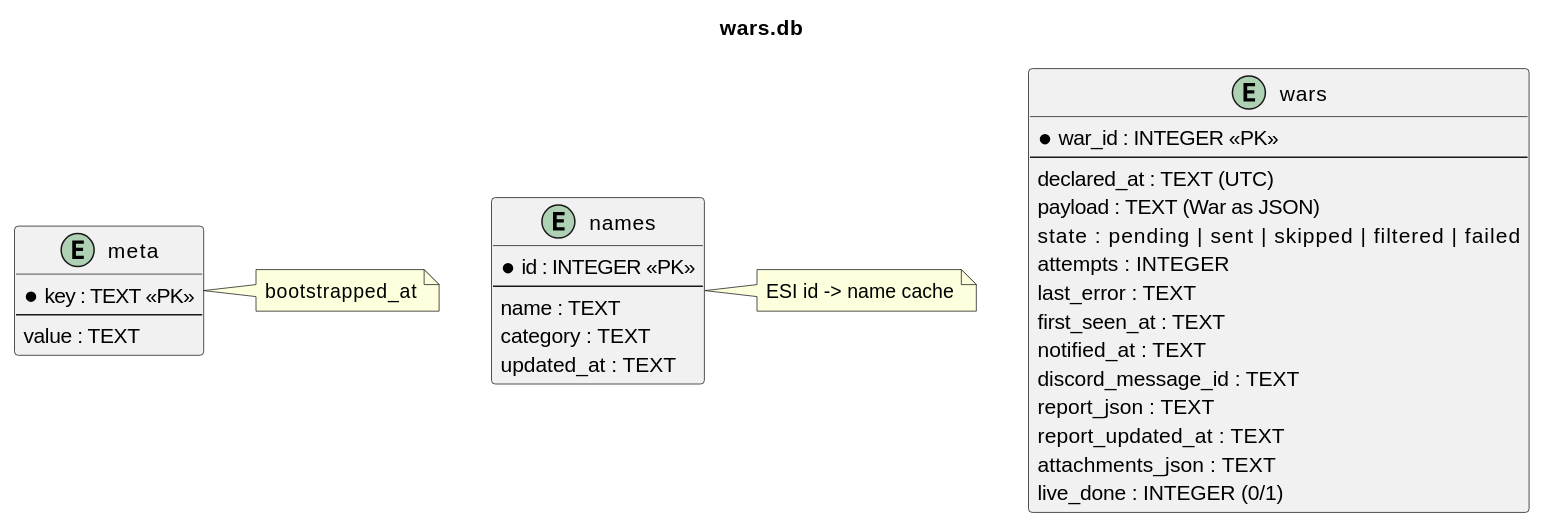
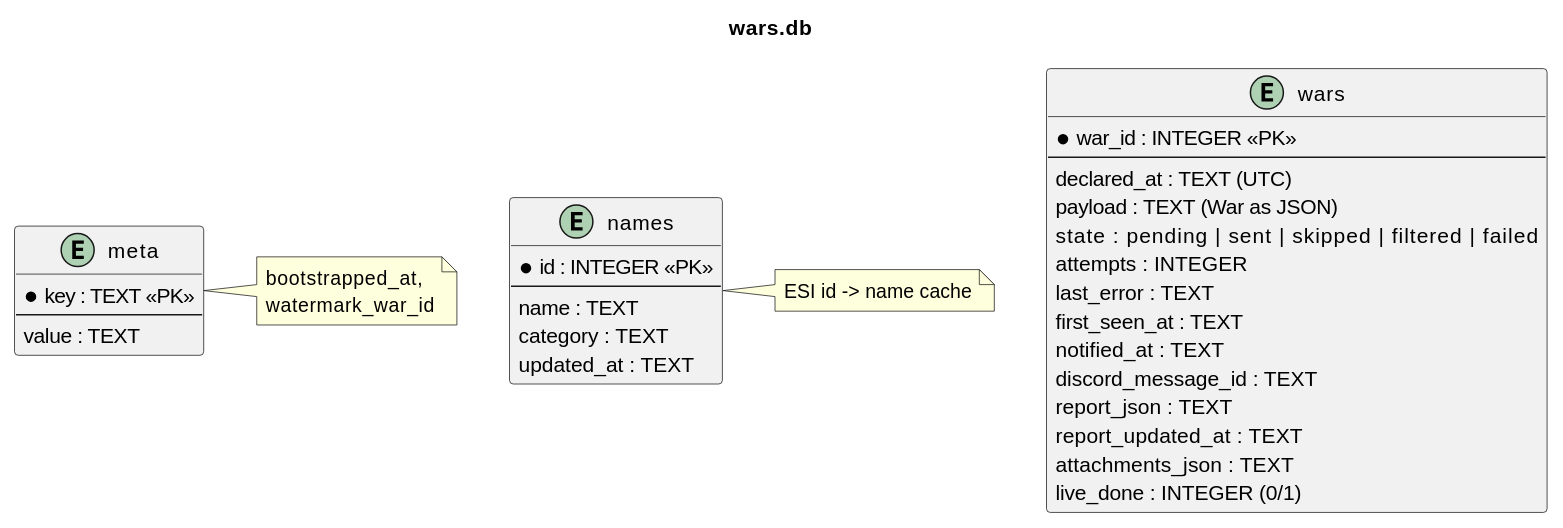
Before and after one commit to Headruner/eve-war-bot: the third of 3 diagrams in docs/wiki/02-FRD.md, drawn with PlantUML. The commit also changed other lines of this file and 59 other files, not shown here.

````diff
--- a/docs/wiki/02-FRD.md
+++ b/docs/wiki/02-FRD.md
@@ -226,35 +226,35 @@
 ```plantuml
 @startuml
 title wars.db
 entity wars {
   * war_id : INTEGER <<PK>>
   --
   declared_at : TEXT (UTC)
   payload : TEXT (War as JSON)
   state : pending | sent | skipped | filtered | failed
   attempts : INTEGER
   last_error : TEXT
   first_seen_at : TEXT
   notified_at : TEXT
   discord_message_id : TEXT
   report_json : TEXT
   report_updated_at : TEXT
   attachments_json : TEXT
   live_done : INTEGER (0/1)
 }
 entity meta {
   * key : TEXT <<PK>>
   --
   value : TEXT
 }
 entity names {
   * id : INTEGER <<PK>>
   --
   name : TEXT
   category : TEXT
   updated_at : TEXT
 }
-note right of meta : bootstrapped_at
+note right of meta : bootstrapped_at,\nwatermark_war_id
 note right of names : ESI id -> name cache
 @enduml
 ```
````
